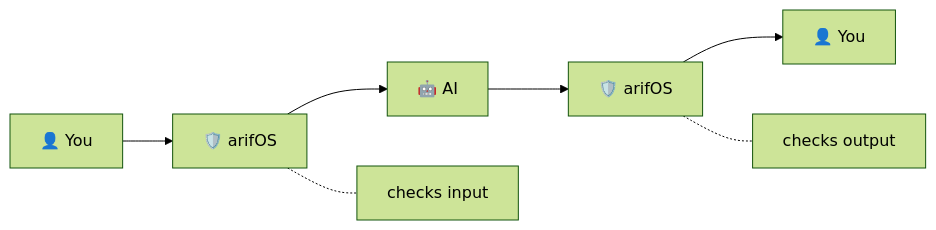
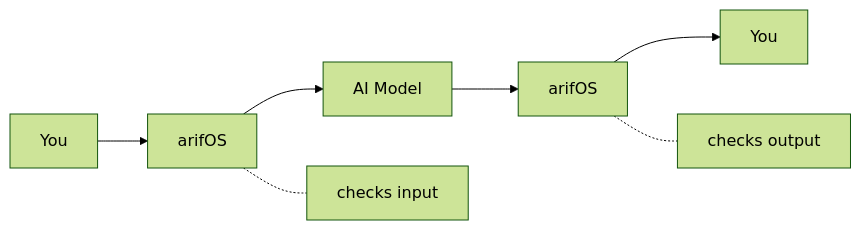
Before and after one commit to ariffazil/arifos: the first of 6 diagrams in README.md, drawn with Mermaid (forest theme). The commit also changed other lines of this file, not shown here.

````diff
--- a/README.md
+++ b/README.md
@@ -35,10 +109,10 @@
 ```mermaid
 flowchart LR
-    U[👤 You] --> A1[🛡️ arifOS]
-    A1 --> AI[🤖 AI]
-    AI --> A2[🛡️ arifOS]
-    A2 --> U2[👤 You]
+    U[You] --> A1[arifOS]
+    A1 --> AI[AI Model]
+    AI --> A2[arifOS]
+    A2 --> U2[You]
 
     A1 -.- C1[checks input]
     A2 -.- C2[checks output]
 ```
````
